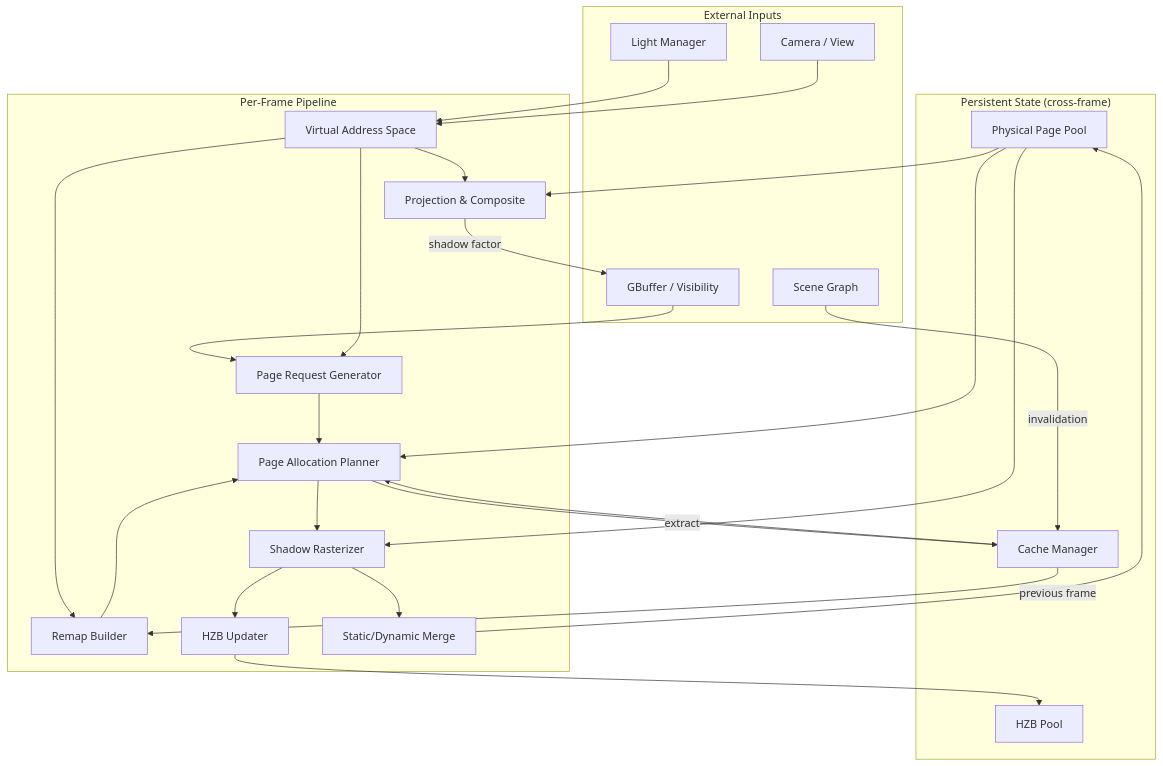
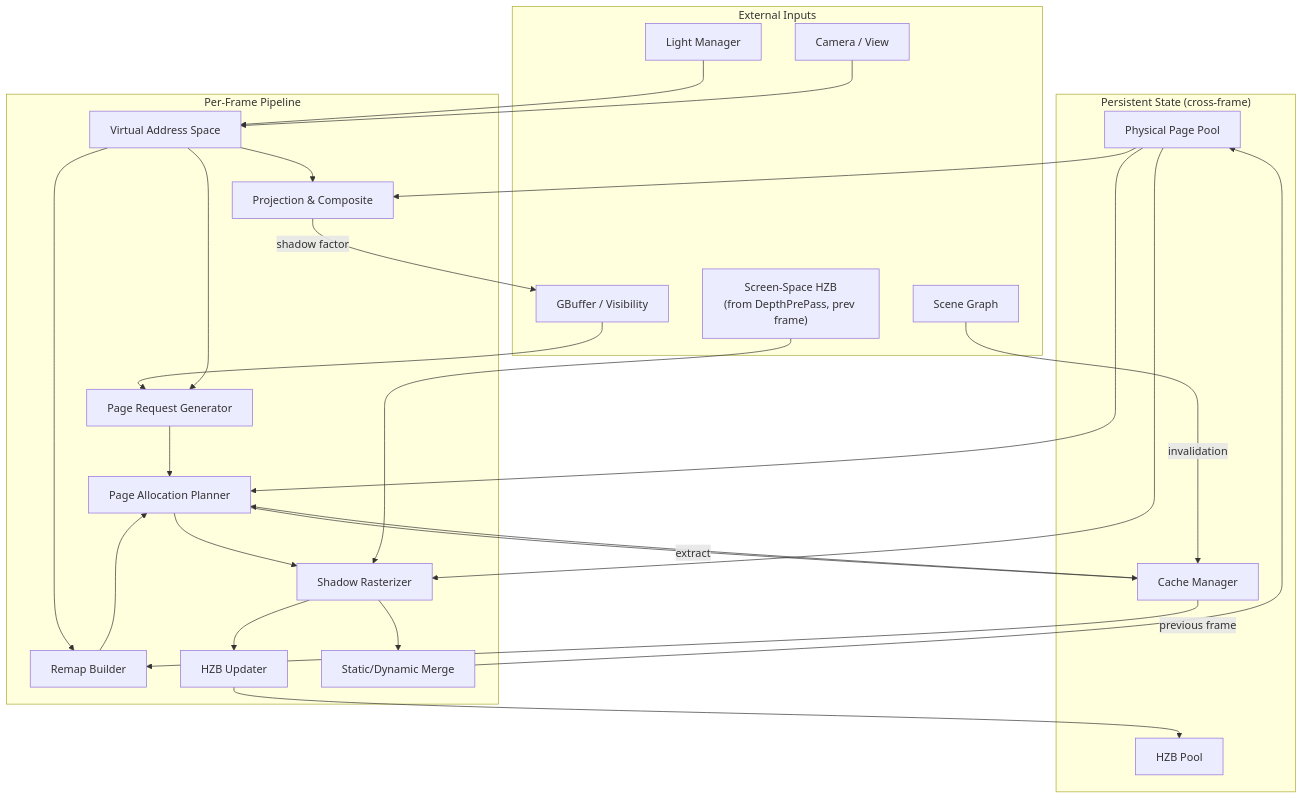
The first of 10 diagrams in projects/Oxygen.Engine/design/VirtualShadowMapArchitecture.md (abdes/DroidNet), drawn with Mermaid before and after one commit. The commit also changed other lines of this file and 15 other files, not shown here.

````diff
--- a/projects/Oxygen.Engine/design/VirtualShadowMapArchitecture.md
+++ b/projects/Oxygen.Engine/design/VirtualShadowMapArchitecture.md
@@ -29,54 +29,56 @@
 ```mermaid
 flowchart TB
     subgraph Persistent["Persistent State (cross-frame)"]
         Pool["Physical Page Pool"]
         HZB["HZB Pool"]
         Cache["Cache Manager"]
     end
 
     subgraph PerFrame["Per-Frame Pipeline"]
         VAS["Virtual Address Space"]
         Remap["Remap Builder"]
         PageReq["Page Request Generator"]
         Alloc["Page Allocation Planner"]
         Render["Shadow Rasterizer"]
         HZBUpdate["HZB Updater"]
         Merge["Static/Dynamic Merge"]
         Proj["Projection & Composite"]
     end
 
     subgraph External["External Inputs"]
         Scene["Scene Graph"]
         Lights["Light Manager"]
         Camera["Camera / View"]
         GBuffer["GBuffer / Visibility"]
+        ScreenHZB["Screen-Space HZB\n(from DepthPrePass, prev frame)"]
     end
 
     Lights --> VAS
     Camera --> VAS
     VAS --> Remap
     Cache -->|previous frame| Remap
 
     GBuffer --> PageReq
     VAS --> PageReq
 
     Remap --> Alloc
     PageReq --> Alloc
     Pool --> Alloc
     Cache --> Alloc
 
     Alloc --> Render
     Pool --> Render
+    ScreenHZB --> Render
     Render --> HZBUpdate
     HZBUpdate --> HZB
     Render --> Merge
     Merge --> Pool
 
     Alloc -->|extract| Cache
 
     Pool --> Proj
     VAS --> Proj
     Proj -->|shadow factor| GBuffer
 
     Scene -->|invalidation| Cache
 ```
````
